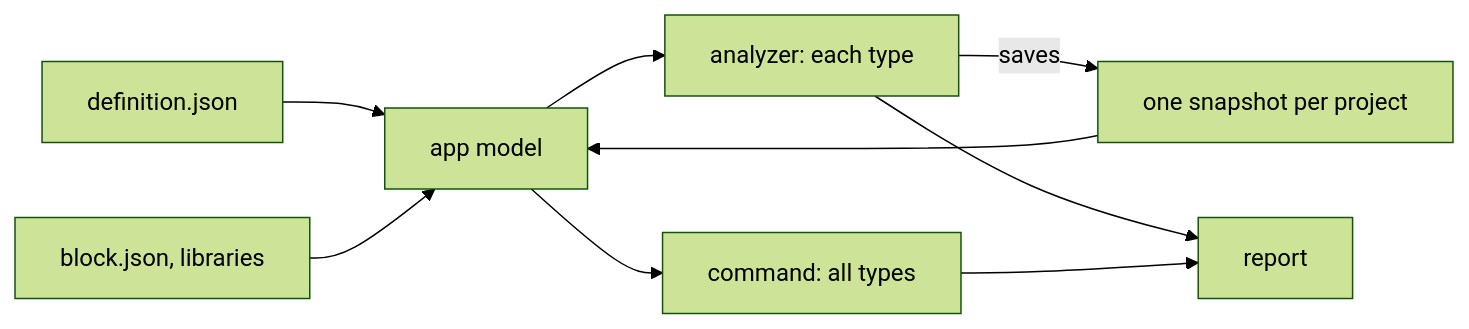
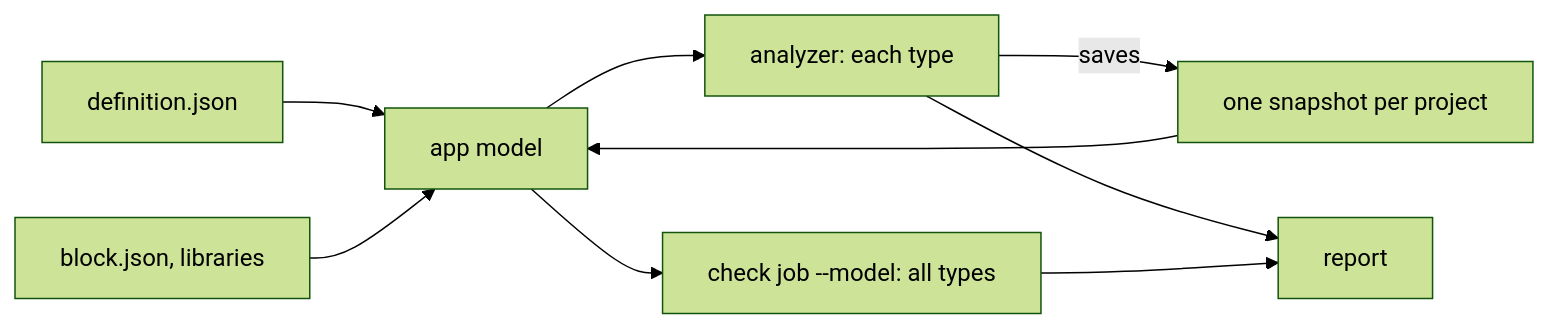
The diagram in docs/check-model.md (MgCohen/vsa-template), drawn with Mermaid (forest theme) before and after one commit. The commit also changed other lines of this file and 36 other files, not shown here.

First line of the commit message:
Move the check model into the engine

````diff
--- a/docs/check-model.md
+++ b/docs/check-model.md
@@ -5,11 +5,11 @@
 ```mermaid
 flowchart LR
     D[definition.json] --> M[app model]
     S[one snapshot per project] --> M
     B[block.json, libraries] --> M
     M --> A[analyzer: each type]
-    M --> C[command: all types]
+    M --> C[check job --model: all types]
     A -->|saves| S
     A --> R[report]
     C --> R
 ```
````
